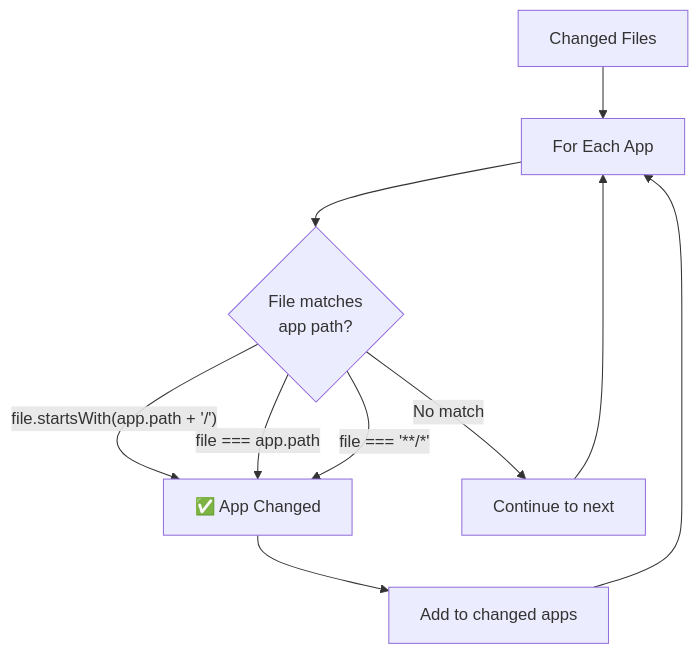
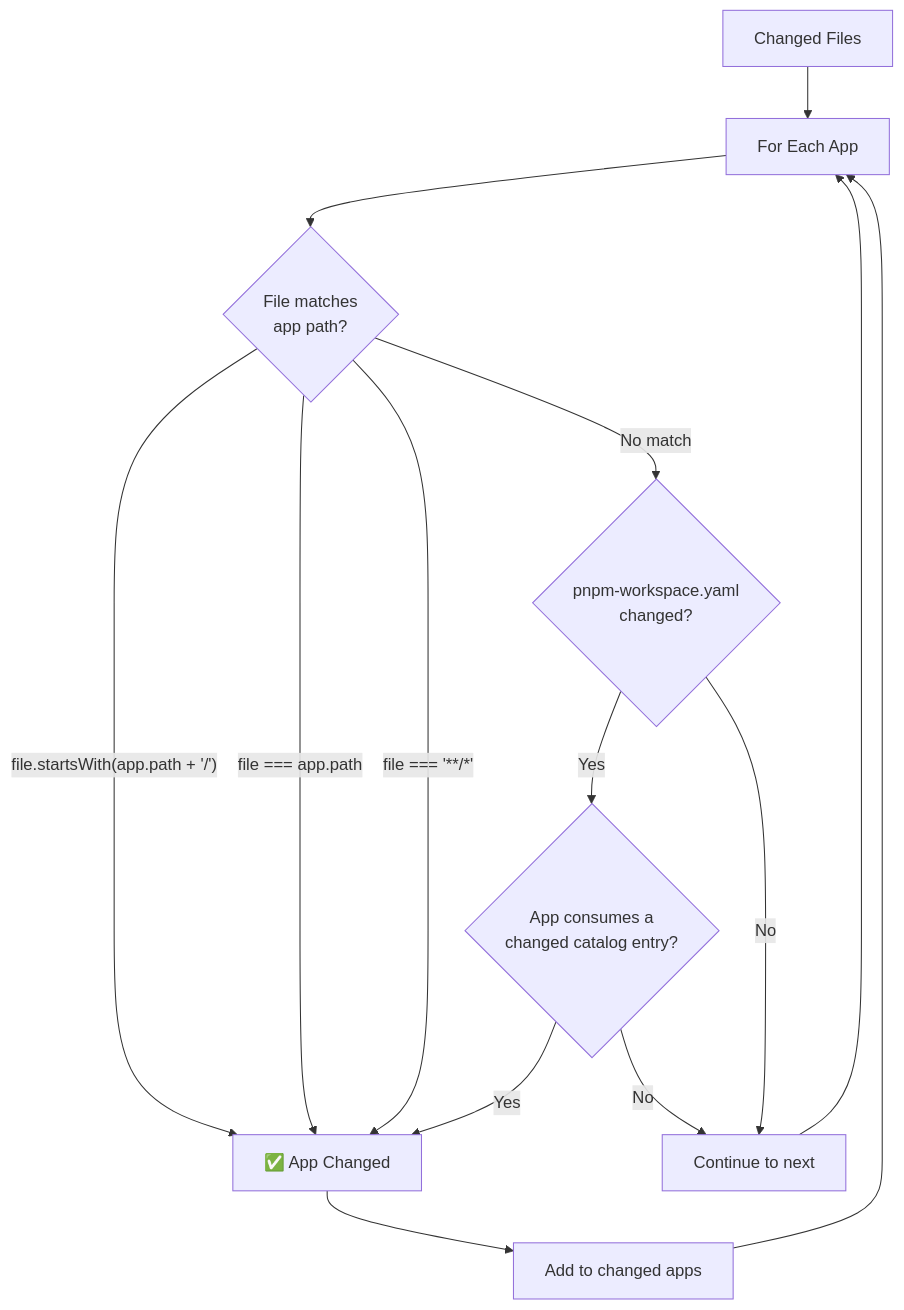
Before and after one commit to equinor/fusion-action-app-change: the sixth of 12 diagrams in docs/ARCHITECTURE.md, drawn with Mermaid. The commit also changed other lines of this file and 18 other files, not shown here.

Commit message:
feat: map pnpm catalog changes to apps

````diff
--- a/docs/ARCHITECTURE.md
+++ b/docs/ARCHITECTURE.md
@@ -167,12 +169,16 @@
 ```mermaid
 flowchart TD
     A["Changed Files"] --> B["For Each App"]
     B --> C{"File matches<br/>app path?"}
     C -->|"file.startsWith(app.path + '/')"| D["✅ App Changed"]
     C -->|"file === app.path"| D
     C -->|"file === '**/*'"| D
-    C -->|No match| E["Continue to next"]
+    C -->|No match| G{"pnpm-workspace.yaml<br/>changed?"}
+    G -->|Yes| H{"App consumes a<br/>changed catalog entry?"}
+    H -->|Yes| D
+    H -->|No| E["Continue to next"]
+    G -->|No| E
     E --> B
     D --> F["Add to changed apps"]
     F --> B
 ```
````
